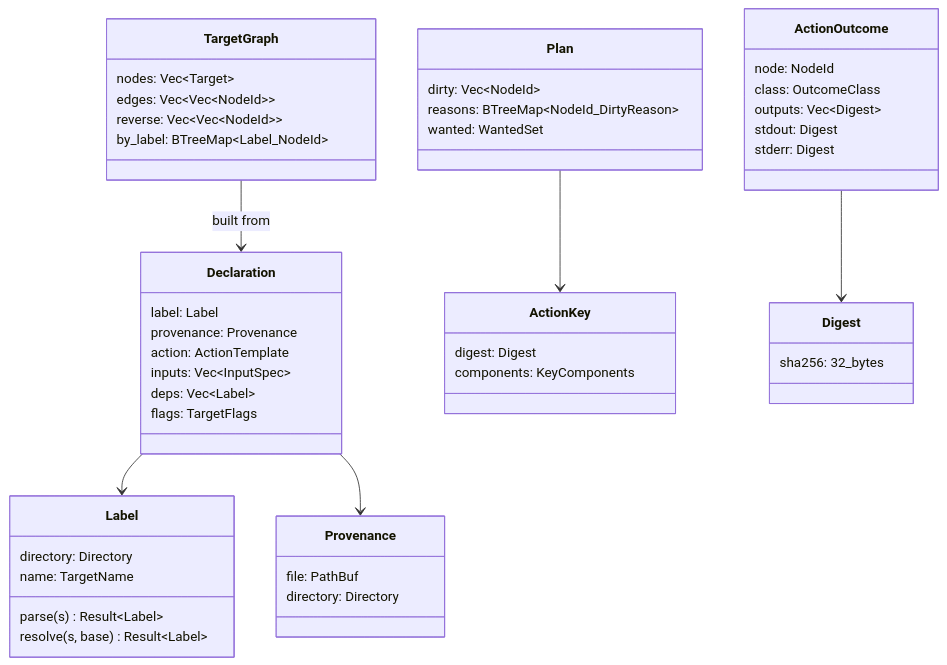
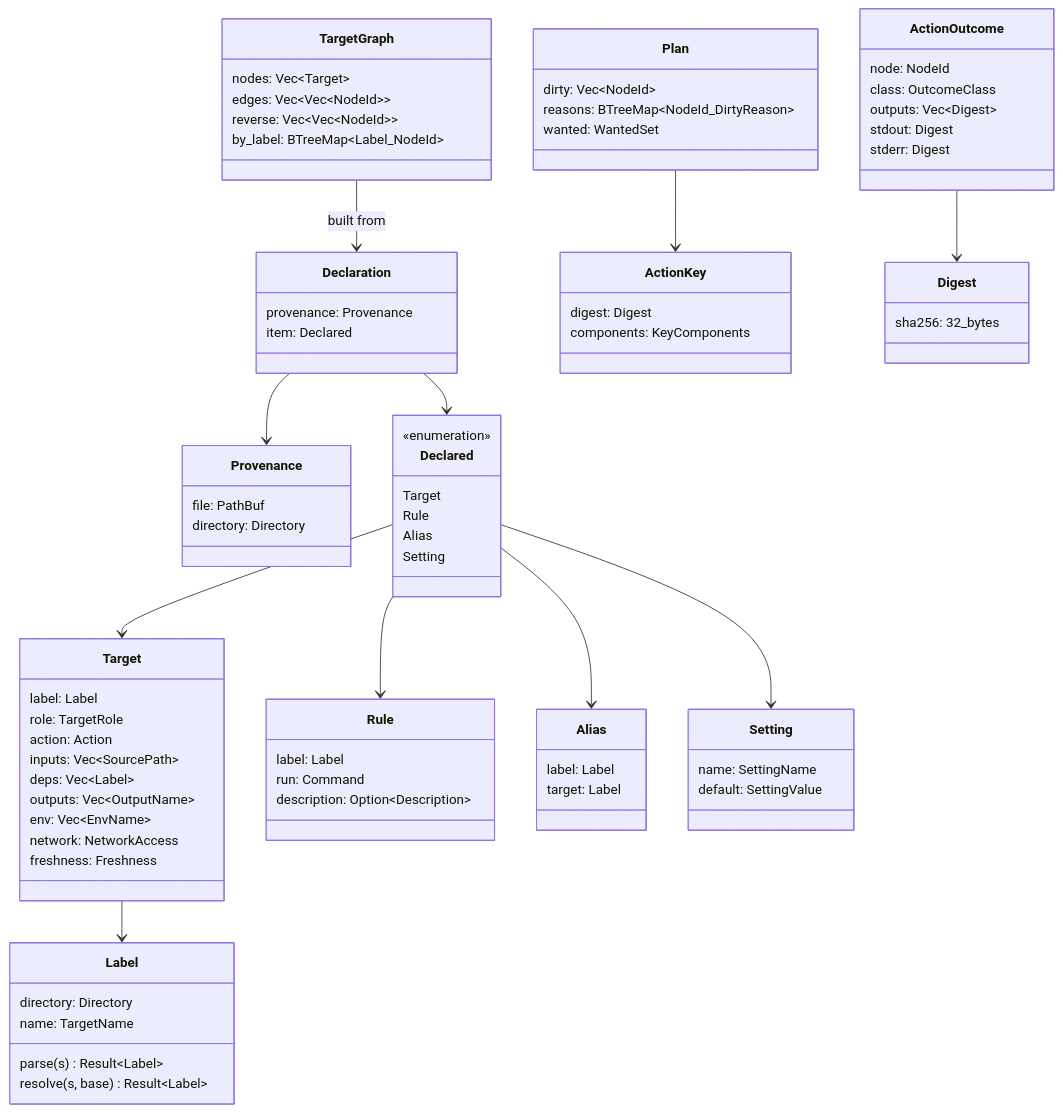
One commit to airsstack/buildl changed the second of 3 diagrams in docs/architecture.md. Above: the diagram before and after it, drawn with Mermaid. The commit also changed other lines of this file and 45 other files, not shown here.

```diff
--- a/docs/architecture.md
+++ b/docs/architecture.md
@@ -59,12 +59,39 @@
         directory: Directory
     }
     class Declaration {
+        provenance: Provenance
+        item: Declared
+    }
+    class Declared {
+        <<enumeration>>
+        Target
+        Rule
+        Alias
+        Setting
+    }
+    class Target {
         label: Label
-        provenance: Provenance
-        action: ActionTemplate
-        inputs: Vec~InputSpec~
+        role: TargetRole
+        action: Action
+        inputs: Vec~SourcePath~
         deps: Vec~Label~
-        flags: TargetFlags
+        outputs: Vec~OutputName~
+        env: Vec~EnvName~
+        network: NetworkAccess
+        freshness: Freshness
+    }
+    class Rule {
+        label: Label
+        run: Command
+        description: Option~Description~
+    }
+    class Alias {
+        label: Label
+        target: Label
+    }
+    class Setting {
+        name: SettingName
+        default: SettingValue
     }
     class TargetGraph {
         nodes: Vec~Target~
@@ -91,8 +118,13 @@
         stdout: Digest
         stderr: Digest
     }
-    Declaration --> Label
     Declaration --> Provenance
+    Declaration --> Declared
+    Declared --> Target
+    Declared --> Rule
+    Declared --> Alias
+    Declared --> Setting
+    Target --> Label
     TargetGraph --> Declaration : built from
     Plan --> ActionKey
     ActionOutcome --> Digest
```
